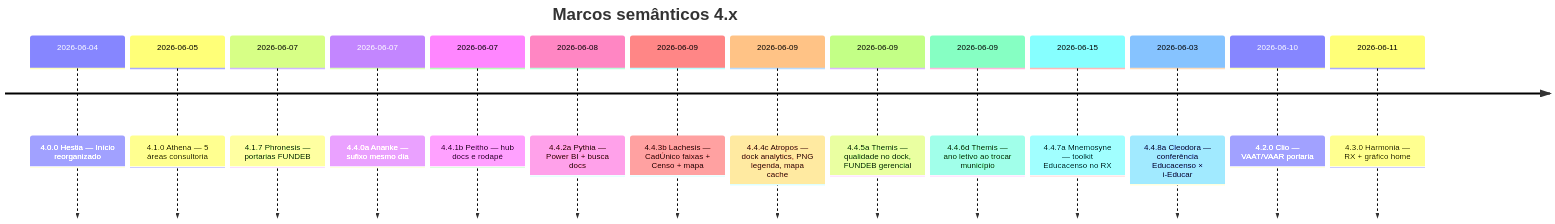
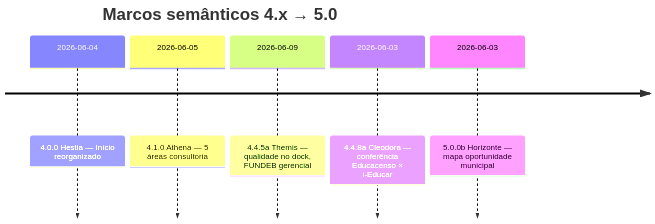
Before and after one commit to JaderGabriel/serventec-servlitcys: the diagram in docs/HISTORICO_VERSOES.md, drawn with Mermaid. The commit also changed other lines of this file and 32 other files, not shown here.

First line of the commit message:
Release 5.0.0 (Horizonte): mapa de oportunidade municipal.

````diff
--- a/docs/HISTORICO_VERSOES.md
+++ b/docs/HISTORICO_VERSOES.md
@@ -19,18 +19,9 @@
 ```mermaid
 timeline
-    title Marcos semânticos 4.x
+    title Marcos semânticos 4.x → 5.0
     2026-06-04 : 4.0.0 Hestia — Início reorganizado
     2026-06-05 : 4.1.0 Athena — 5 áreas consultoria
-    2026-06-07 : 4.1.7 Phronesis — portarias FUNDEB
-    2026-06-07 : 4.4.0a Ananke — sufixo mesmo dia
-    2026-06-07 : 4.4.1b Peitho — hub docs e rodapé
-    2026-06-08 : 4.4.2a Pythia — Power BI + busca docs
-    2026-06-09 : 4.4.3b Lachesis — CadÚnico faixas + Censo + mapa
-    2026-06-09 : 4.4.4c Atropos — dock analytics, PNG legenda, mapa cache
     2026-06-09 : 4.4.5a Themis — qualidade no dock, FUNDEB gerencial
-    2026-06-09 : 4.4.6d Themis — ano letivo ao trocar município
-    2026-06-15 : 4.4.7a Mnemosyne — toolkit Educacenso no RX
     2026-06-03 : 4.4.8a Cleodora — conferência Educacenso × i-Educar
-    2026-06-10 : 4.2.0 Clio — VAAT/VAAR portaria
-    2026-06-11 : 4.3.0 Harmonia — RX + gráfico home
+    2026-06-03 : 5.0.0b Horizonte — mapa oportunidade municipal
 ```
````
